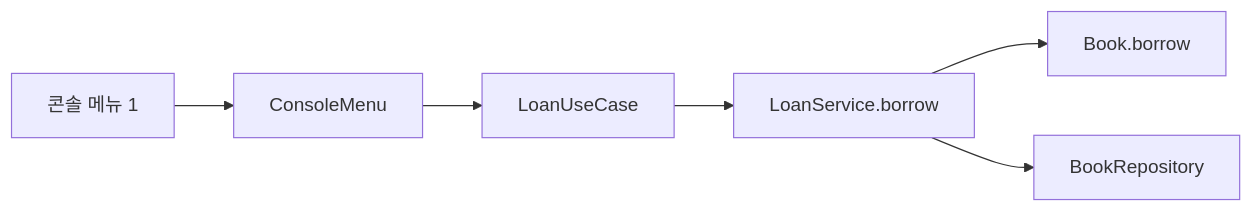
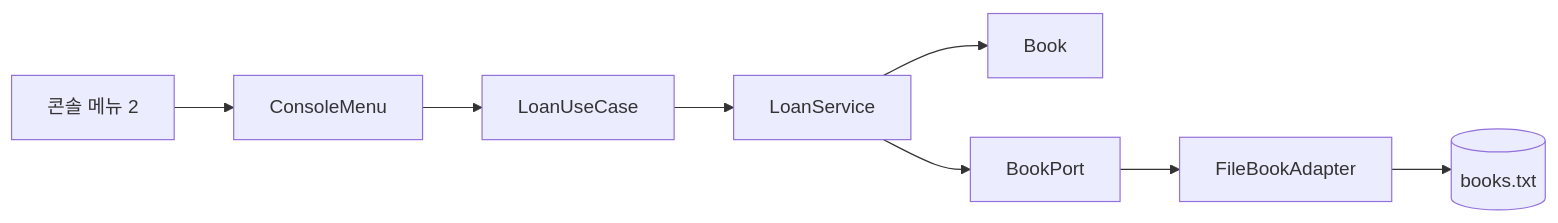
Before and after one commit to busan-bank-2026/hexa-example: the second of 6 diagrams in .projectcode/wiki/scenarios.md, drawn with Mermaid. The commit also changed other lines of this file and 6 other files, not shown here.

````diff
--- a/.projectcode/wiki/scenarios.md
+++ b/.projectcode/wiki/scenarios.md
@@ -5,8 +35,10 @@
 ```mermaid
 flowchart LR
-  A[콘솔 메뉴 1] --> B[ConsoleMenu]
+  A[콘솔 메뉴 2] --> B[ConsoleMenu]
   B --> C[LoanUseCase]
-  C --> D[LoanService.borrow]
-  D --> E[Book.borrow]
-  D --> F[BookRepository]
+  C --> D[LoanService]
+  D --> E[Book]
+  D --> F[BookPort]
+  F --> G[FileBookAdapter]
+  G --> H[(books.txt)]
 ```
````
